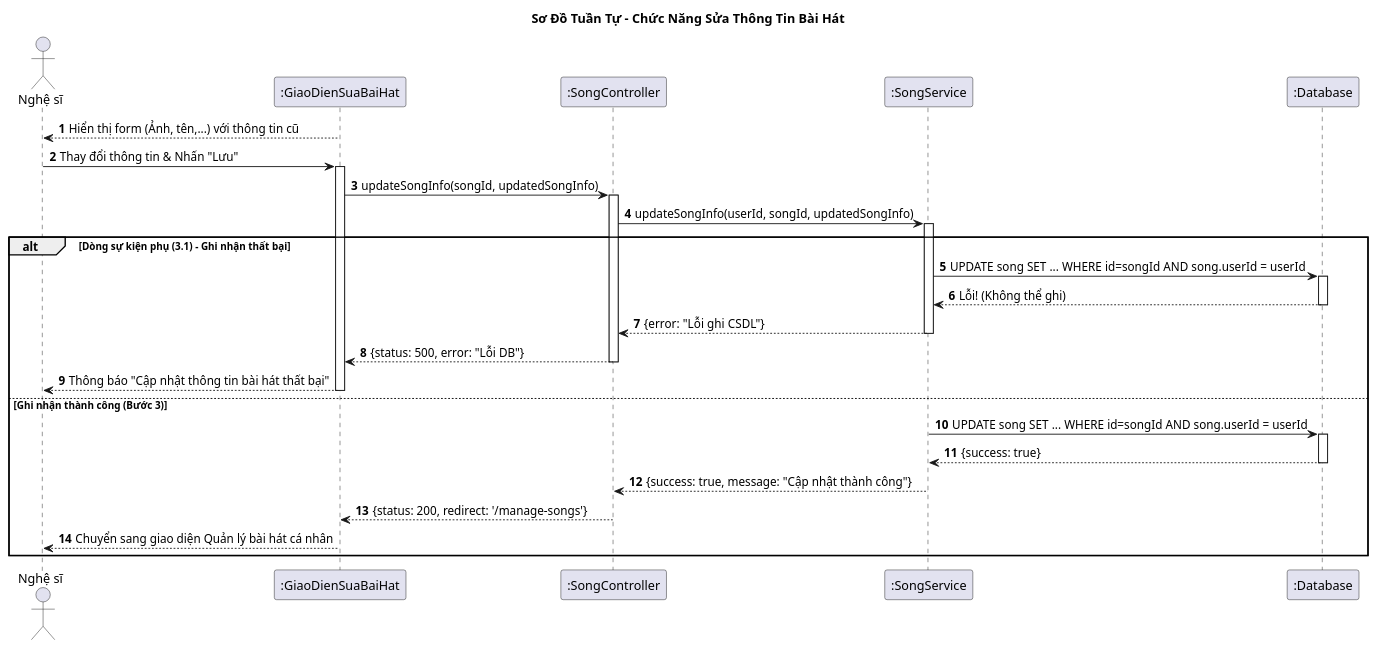
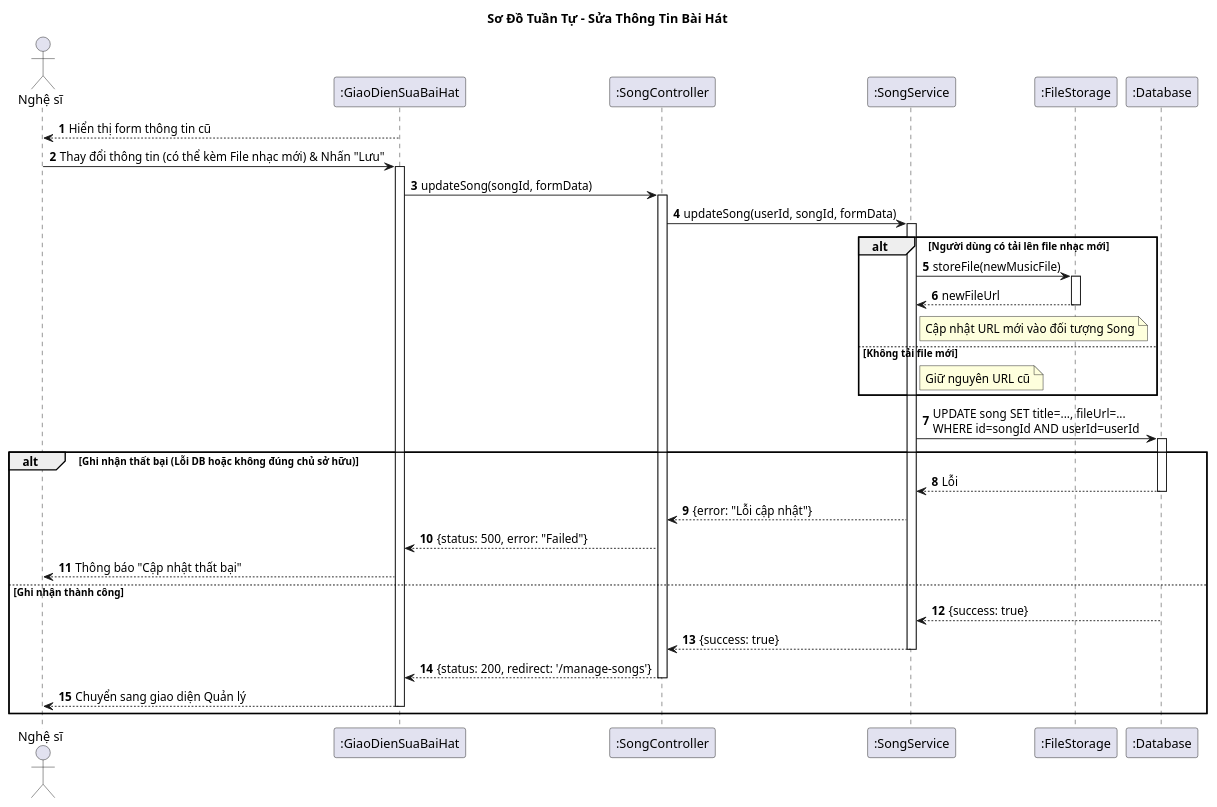
Before and after one commit to vinh047/soundwave: the diagram in Diagrams/SequenceDiagram/EditInformationSongSD.plantuml, drawn with PlantUML. The commit also changed 8 other files, not shown here.

Commit message:
Sửa lỗi chính tả trong đặc tả, sửa SD 4 cái tiếp theo, cập nhật CD theo SD

```diff
--- a/Diagrams/SequenceDiagram/EditInformationSongSD.plantuml
+++ b/Diagrams/SequenceDiagram/EditInformationSongSD.plantuml
@@ -1,55 +1,61 @@
 @startuml Sequence Diagram - Sửa Thông Tin Bài Hát
 
-title Sơ Đồ Tuần Tự - Chức Năng Sửa Thông Tin Bài Hát
+title Sơ Đồ Tuần Tự - Sửa Thông Tin Bài Hát
 
 actor "Nghệ sĩ" as Artist
 participant ":GiaoDienSuaBaiHat" as UI
 participant ":SongController" as Controller
 participant ":SongService" as Service
+participant ":FileStorage" as Storage
 participant ":Database" as DB
 
 autonumber
 
-' === Dòng sự kiện chính (bước 1): Hiển thị form ===
-' (Giả định user đã ở trang Sửa thông tin)
-UI --> Artist: Hiển thị form (Ảnh, tên,...) với thông tin cũ
+' === BƯỚC 1: HIỂN THỊ ===
+UI --> Artist: Hiển thị form thông tin cũ
 
-' === Dòng sự kiện chính (bước 2): Người dùng nhấn Lưu ===
-Artist -> UI: Thay đổi thông tin & Nhấn "Lưu"
+' === BƯỚC 2: GỬI YÊU CẦU ===
+Artist -> UI: Thay đổi thông tin (có thể kèm File nhạc mới) & Nhấn "Lưu"
 activate UI
-UI -> Controller: updateSongInfo(songId, updatedSongInfo)
+UI -> Controller: updateSong(songId, formData)
 activate Controller
-
-Controller -> Service: updateSongInfo(userId, songId, updatedSongInfo)
+Controller -> Service: updateSong(userId, songId, formData)
 activate Service
 
-' === Dòng sự kiện (bước 3) & Dòng sự kiện phụ (3.1) ===
-alt Dòng sự kiện phụ (3.1) - Ghi nhận thất bại
-    Service -> DB: UPDATE song SET ... WHERE id=songId AND song.userId = userId
-    activate DB
-    DB --> Service: Lỗi! (Không thể ghi)
+' === BƯỚC 3: XỬ LÝ LOGIC ===
+
+' [MỚI] Kiểm tra xem người dùng có up file nhạc mới không?
+alt Người dùng có tải lên file nhạc mới
+    Service -> Storage: storeFile(newMusicFile)
+    activate Storage
+    Storage --> Service: newFileUrl
+    deactivate Storage
+    note right of Service: Cập nhật URL mới vào đối tượng Song
+else Không tải file mới
+    note right of Service: Giữ nguyên URL cũ
+end
+
+' === BƯỚC 4: GHI DB ===
+Service -> DB: UPDATE song SET title=..., fileUrl=... \nWHERE id=songId AND userId=userId
+activate DB
+
+alt Ghi nhận thất bại (Lỗi DB hoặc không đúng chủ sở hữu)
+    DB --> Service: Lỗi
     deactivate DB
-    Service --> Controller: {error: "Lỗi ghi CSDL"}
-    deactivate Service
-    Controller --> UI: {status: 500, error: "Lỗi DB"}
-    deactivate Controller
-    
-    UI --> Artist: Thông báo "Cập nhật thông tin bài hát thất bại"
-    deactivate UI
+    Service --> Controller: {error: "Lỗi cập nhật"}
+    Controller --> UI: {status: 500, error: "Failed"}
+    UI --> Artist: Thông báo "Cập nhật thất bại"
 
-else Ghi nhận thành công (Bước 3)
-    Service -> DB: UPDATE song SET ... WHERE id=songId AND song.userId = userId
-    activate DB
+else Ghi nhận thành công
     DB --> Service: {success: true}
     deactivate DB
-    Service --> Controller: {success: true, message: "Cập nhật thành công"}
+    Service --> Controller: {success: true}
     deactivate Service
     
-    ' === Dòng sự kiện chính (bước 4): Chuyển giao diện ===
     Controller --> UI: {status: 200, redirect: '/manage-songs'}
     deactivate Controller
     
-    UI --> Artist: Chuyển sang giao diện Quản lý bài hát cá nhân
+    UI --> Artist: Chuyển sang giao diện Quản lý
     deactivate UI
 end
 @enduml
```
